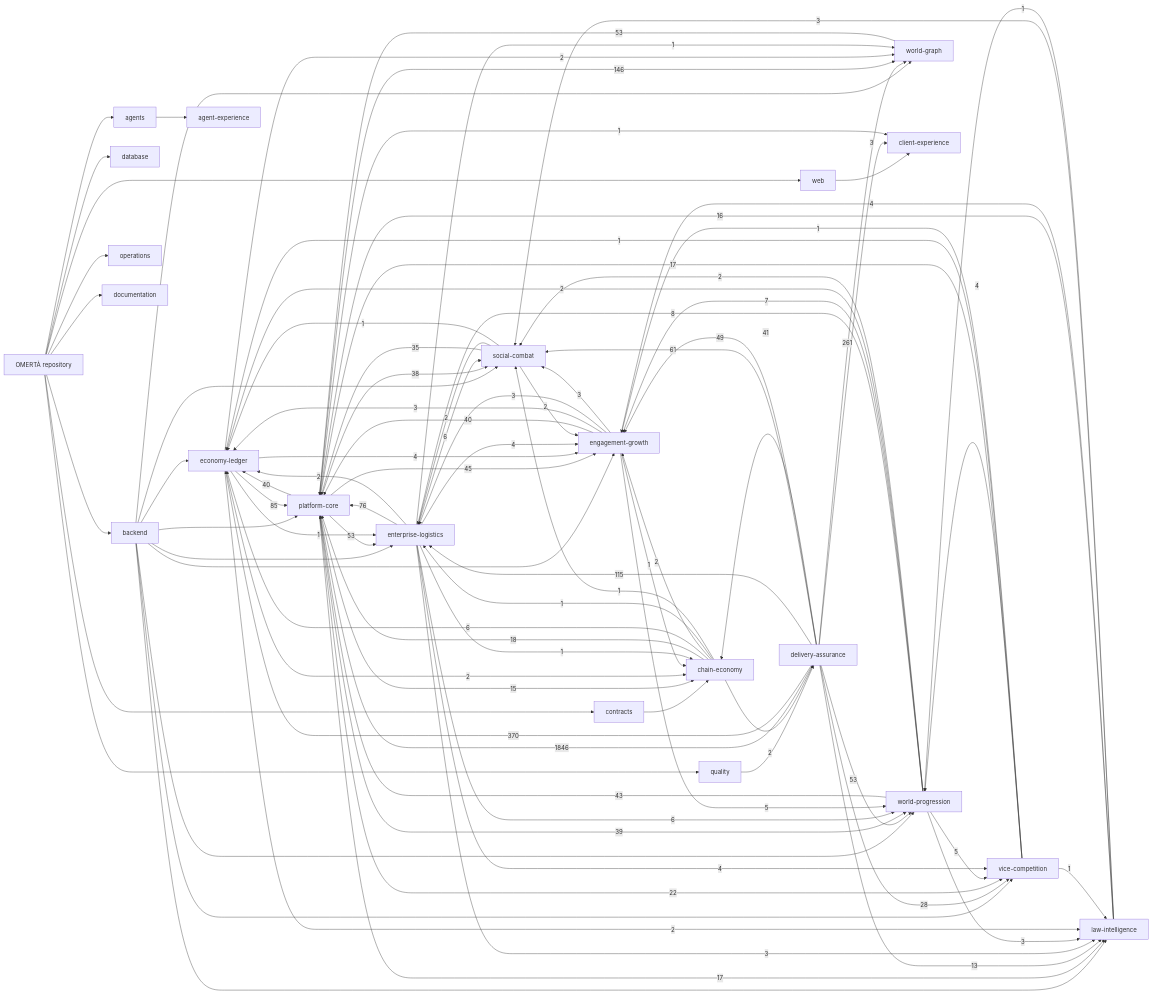
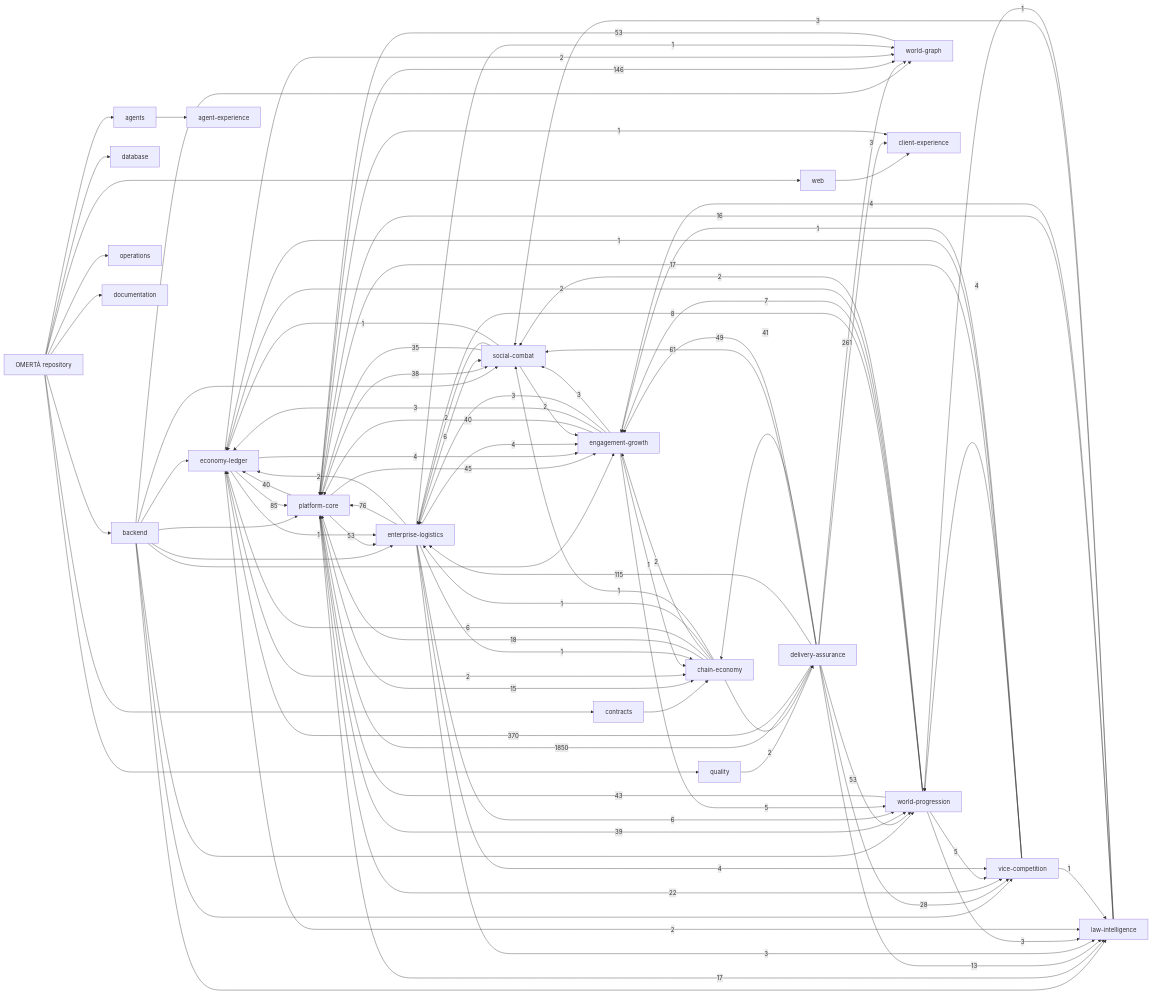
Before and after one commit to OmertaDev/Omerta: the diagram in knowledge/generated/graph.mmd, drawn with Mermaid. The commit also changed 7 other files, not shown here.

```diff
--- a/knowledge/generated/graph.mmd
+++ b/knowledge/generated/graph.mmd
@@ -1,113 +1,113 @@
 flowchart LR
   repo["OMERTÀ repository"]
   sub_backend["backend"]
   repo --> sub_backend
   sub_database["database"]
   repo --> sub_database
   sub_web["web"]
   repo --> sub_web
   sub_contracts["contracts"]
   repo --> sub_contracts
   sub_agents["agents"]
   repo --> sub_agents
   sub_quality["quality"]
   repo --> sub_quality
   sub_operations["operations"]
   repo --> sub_operations
   sub_documentation["documentation"]
   repo --> sub_documentation
   dom_platform-core["platform-core"]
   dom_economy-ledger["economy-ledger"]
   dom_social-combat["social-combat"]
   dom_world-progression["world-progression"]
   dom_world-graph["world-graph"]
   dom_enterprise-logistics["enterprise-logistics"]
   dom_vice-competition["vice-competition"]
   dom_law-intelligence["law-intelligence"]
   dom_chain-economy["chain-economy"]
   dom_engagement-growth["engagement-growth"]
   dom_client-experience["client-experience"]
   dom_agent-experience["agent-experience"]
   dom_delivery-assurance["delivery-assurance"]
   sub_agents --> dom_agent-experience
   sub_backend --> dom_economy-ledger
   sub_backend --> dom_engagement-growth
   sub_backend --> dom_enterprise-logistics
   sub_backend --> dom_law-intelligence
   sub_backend --> dom_platform-core
   sub_backend --> dom_social-combat
   sub_backend --> dom_vice-competition
   sub_backend --> dom_world-graph
   sub_backend --> dom_world-progression
   sub_contracts --> dom_chain-economy
   sub_quality --> dom_delivery-assurance
   sub_web --> dom_client-experience
-  dom_delivery-assurance -->|1846| dom_platform-core
+  dom_delivery-assurance -->|1850| dom_platform-core
   dom_delivery-assurance -->|370| dom_economy-ledger
   dom_delivery-assurance -->|261| dom_world-graph
   dom_platform-core -->|146| dom_world-graph
   dom_delivery-assurance -->|115| dom_enterprise-logistics
   dom_economy-ledger -->|85| dom_platform-core
   dom_enterprise-logistics -->|76| dom_platform-core
   dom_delivery-assurance -->|61| dom_social-combat
   dom_delivery-assurance -->|53| dom_world-progression
   dom_platform-core -->|53| dom_enterprise-logistics
   dom_world-graph -->|53| dom_platform-core
   dom_delivery-assurance -->|49| dom_engagement-growth
   dom_platform-core -->|45| dom_engagement-growth
   dom_world-progression -->|43| dom_platform-core
   dom_delivery-assurance -->|41| dom_chain-economy
   dom_engagement-growth -->|40| dom_platform-core
   dom_platform-core -->|40| dom_economy-ledger
   dom_platform-core -->|39| dom_world-progression
   dom_platform-core -->|38| dom_social-combat
   dom_social-combat -->|35| dom_platform-core
   dom_delivery-assurance -->|28| dom_vice-competition
   dom_platform-core -->|22| dom_vice-competition
   dom_chain-economy -->|18| dom_platform-core
   dom_platform-core -->|17| dom_law-intelligence
   dom_vice-competition -->|17| dom_platform-core
   dom_law-intelligence -->|16| dom_platform-core
   dom_platform-core -->|15| dom_chain-economy
   dom_delivery-assurance -->|13| dom_law-intelligence
   dom_world-progression -->|8| dom_enterprise-logistics
   dom_world-progression -->|7| dom_engagement-growth
   dom_chain-economy -->|6| dom_economy-ledger
   dom_enterprise-logistics -->|6| dom_social-combat
   dom_enterprise-logistics -->|6| dom_world-progression
   dom_engagement-growth -->|5| dom_world-progression
   dom_world-progression -->|5| dom_vice-competition
   dom_economy-ledger -->|4| dom_engagement-growth
   dom_enterprise-logistics -->|4| dom_engagement-growth
   dom_enterprise-logistics -->|4| dom_vice-competition
   dom_law-intelligence -->|4| dom_engagement-growth
   dom_vice-competition -->|4| dom_world-progression
   dom_delivery-assurance -->|3| dom_client-experience
   dom_engagement-growth -->|3| dom_economy-ledger
   dom_engagement-growth -->|3| dom_enterprise-logistics
   dom_engagement-growth -->|3| dom_social-combat
   dom_enterprise-logistics -->|3| dom_law-intelligence
   dom_law-intelligence -->|3| dom_social-combat
   dom_world-progression -->|3| dom_law-intelligence
   dom_chain-economy -->|2| dom_delivery-assurance
   dom_chain-economy -->|2| dom_engagement-growth
   dom_economy-ledger -->|2| dom_chain-economy
   dom_economy-ledger -->|2| dom_law-intelligence
   dom_economy-ledger -->|2| dom_world-graph
   dom_enterprise-logistics -->|2| dom_economy-ledger
   dom_social-combat -->|2| dom_engagement-growth
   dom_social-combat -->|2| dom_enterprise-logistics
   dom_world-progression -->|2| dom_economy-ledger
   dom_world-progression -->|2| dom_social-combat
   dom_chain-economy -->|1| dom_enterprise-logistics
   dom_chain-economy -->|1| dom_social-combat
   dom_economy-ledger -->|1| dom_enterprise-logistics
   dom_engagement-growth -->|1| dom_chain-economy
   dom_enterprise-logistics -->|1| dom_chain-economy
   dom_enterprise-logistics -->|1| dom_world-graph
   dom_law-intelligence -->|1| dom_world-progression
   dom_platform-core -->|1| dom_client-experience
   dom_social-combat -->|1| dom_economy-ledger
   dom_vice-competition -->|1| dom_economy-ledger
   dom_vice-competition -->|1| dom_engagement-growth
   dom_vice-competition -->|1| dom_law-intelligence
```
